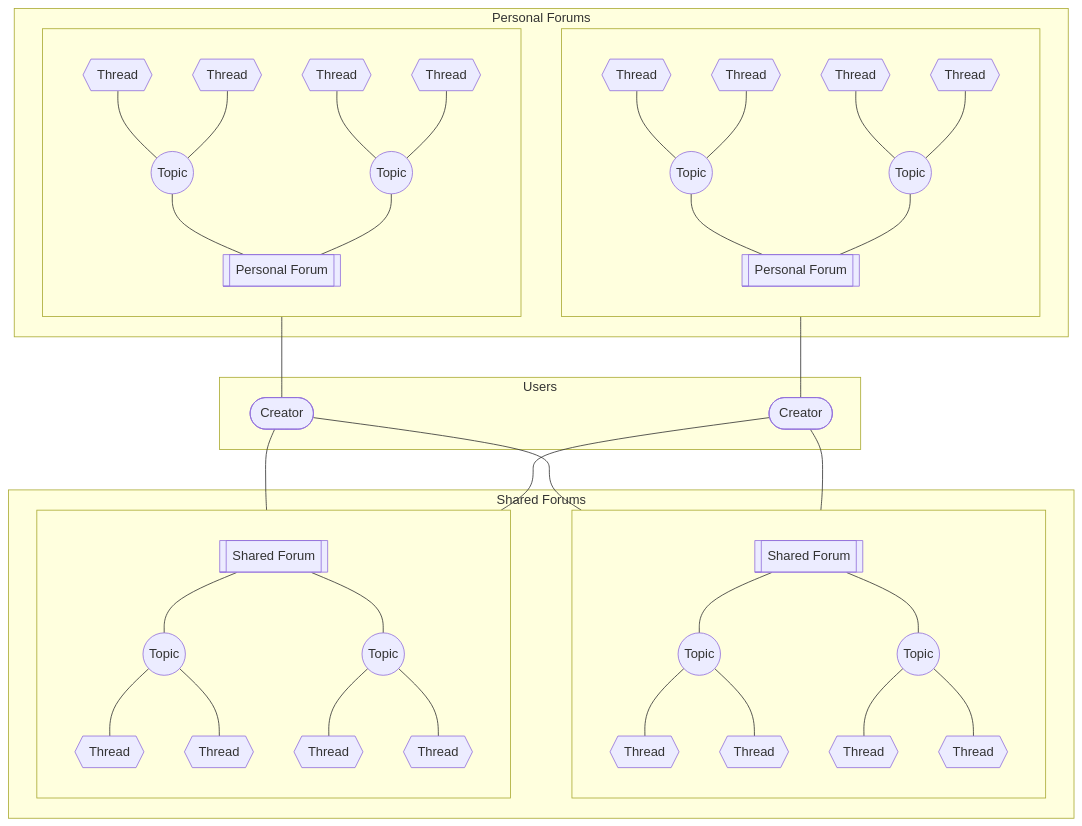
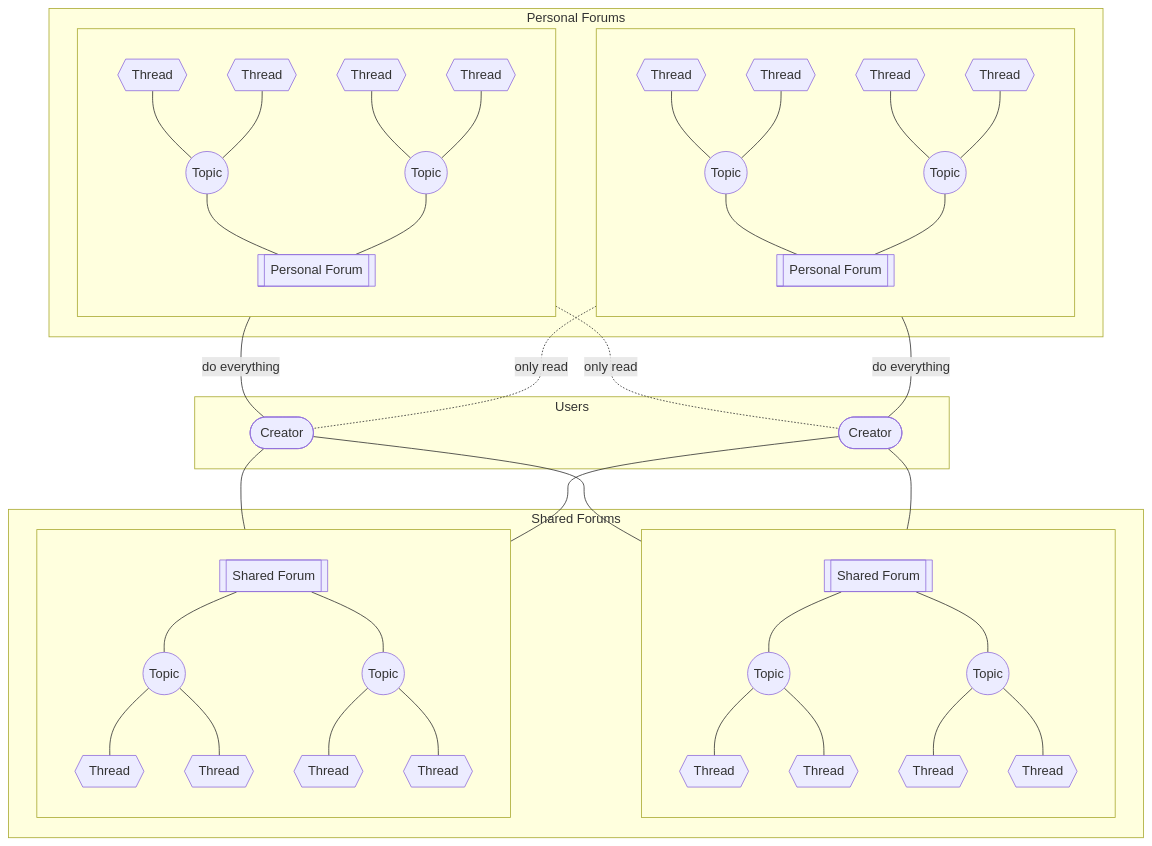
Before and after one commit to creatorsplayground/.github: the diagram in profile/README.md, drawn with Mermaid.

```diff
--- a/profile/README.md
+++ b/profile/README.md
@@ -78,8 +78,10 @@
     end
   end
 
-  prsnlFrm1---creator1
-  prsnlFrm2---creator2
+  prsnlFrm1--do everything---creator1
+  prsnlFrm1-.only read.-creator2
+  prsnlFrm2-.only read.-creator1
+  prsnlFrm2--do everything---creator2
   creator1---shrFrm1
   creator1---shrFrm2
   creator2---shrFrm1
```
